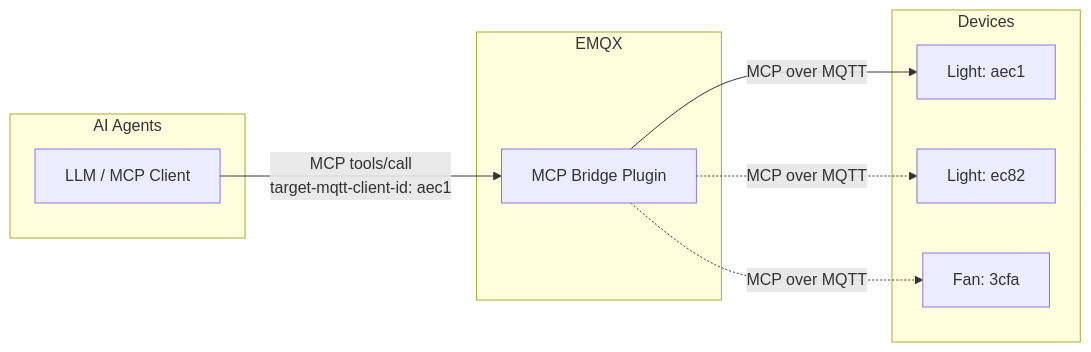
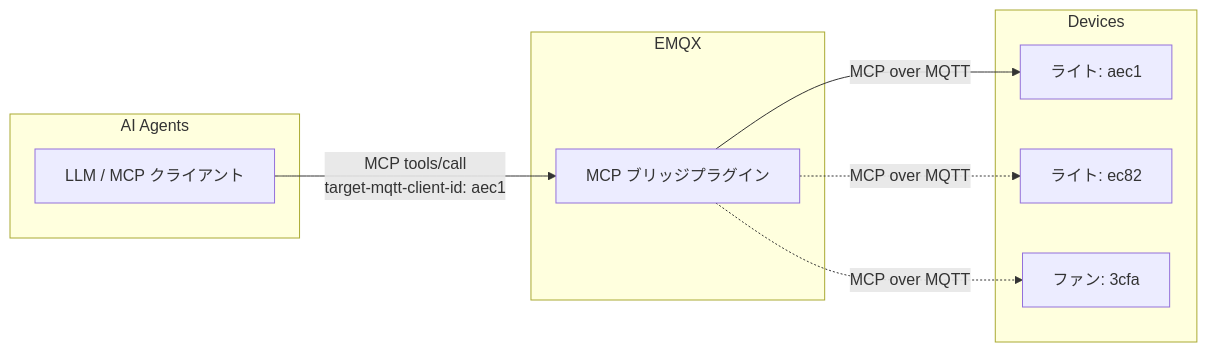
One commit to emqx/emqx-docs changed the second of 3 diagrams in ja_JP/emqx-ai/mcp-bridge/overview.md. Above: the diagram before and after it, drawn with Mermaid. The commit also changed other lines of this file and 75 other files, not shown here.

````diff
--- a/ja_JP/emqx-ai/mcp-bridge/overview.md
+++ b/ja_JP/emqx-ai/mcp-bridge/overview.md
@@ -40,18 +40,18 @@
 ```mermaid
 graph LR
     subgraph "EMQX"
-        MB[MCP Bridge Plugin]
+        MB[MCP ブリッジプラグイン]
     end
     subgraph "AI Agents"
-        M1[LLM / MCP Client]
+        M1[LLM / MCP クライアント]
         M1 --> |MCP tools/call<br>target-mqtt-client-id: aec1| MB
     end
     subgraph "Devices"
-        D1[Light: aec1]
-        D2[Light: ec82]
-        D3[Fan: 3cfa]
+        D1[ライト: aec1]
+        D2[ライト: ec82]
+        D3[ファン: 3cfa]
         MB --> |MCP over MQTT| D1
         MB -.-> |MCP over MQTT| D2
         MB -.-> |MCP over MQTT| D3
     end
 ```
````
